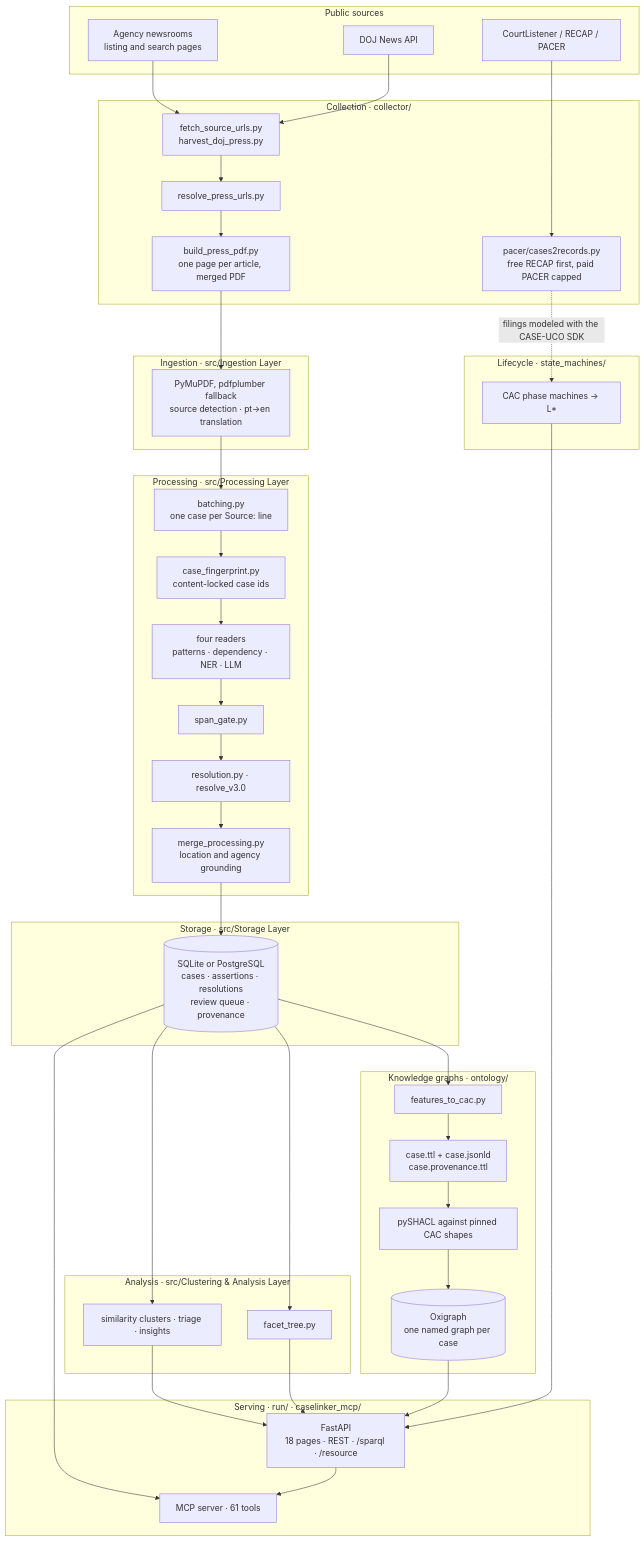
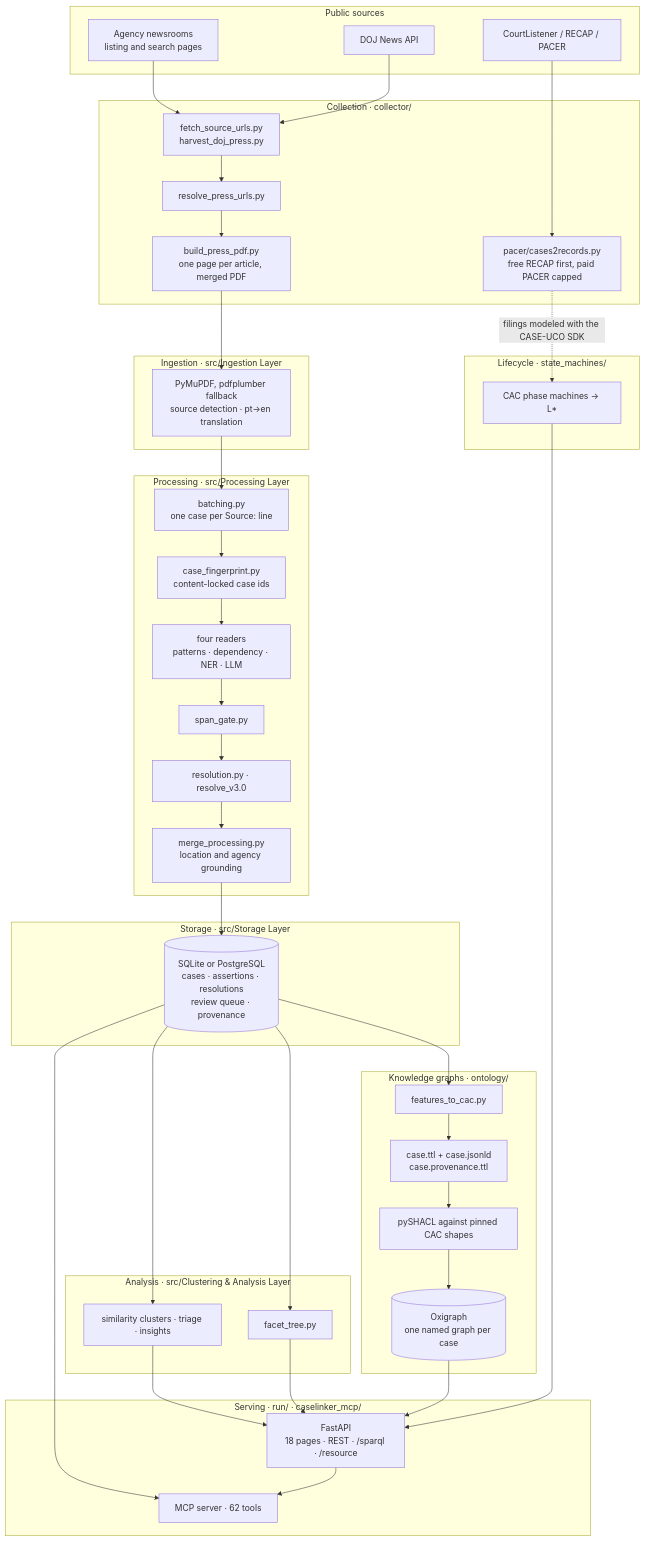
The first of 6 diagrams in ARCHITECTURE.md (mrinaalr/CaseLinker), drawn with Mermaid before and after one commit. The commit also changed other lines of this file and 3 other files, not shown here.

Commit message:
list get_afh_analysis among the trusted MCP tools (62 local, 47 hosted)

````diff
--- a/ARCHITECTURE.md
+++ b/ARCHITECTURE.md
@@ -39,65 +39,65 @@
 ```mermaid
 flowchart TD
   subgraph SRC["Public sources"]
     NEWS["Agency newsrooms<br/>listing and search pages"]
     DOJ["DOJ News API"]
     COURT["CourtListener / RECAP / PACER"]
   end
 
   subgraph COL["Collection · collector/"]
     URLS["fetch_source_urls.py<br/>harvest_doj_press.py"]
     RESOLVE["resolve_press_urls.py"]
     PDF["build_press_pdf.py<br/>one page per article, merged PDF"]
     C2R["pacer/cases2records.py<br/>free RECAP first, paid PACER capped"]
   end
 
   subgraph ING["Ingestion · src/Ingestion Layer"]
     TXT["PyMuPDF, pdfplumber fallback<br/>source detection · pt→en translation"]
   end
 
   subgraph PROC["Processing · src/Processing Layer"]
     BATCH["batching.py<br/>one case per Source: line"]
     FP["case_fingerprint.py<br/>content-locked case ids"]
     READERS["four readers<br/>patterns · dependency · NER · LLM"]
     GATE["span_gate.py"]
     RESOLVE2["resolution.py · resolve_v3.0"]
     MERGE["merge_processing.py<br/>location and agency grounding"]
   end
 
   subgraph STORE["Storage · src/Storage Layer"]
     DB[("SQLite or PostgreSQL<br/>cases · assertions · resolutions<br/>review queue · provenance")]
   end
 
   subgraph ANA["Analysis · src/Clustering & Analysis Layer"]
     SIM["similarity clusters · triage · insights"]
     FACET["facet_tree.py"]
   end
 
   subgraph KG["Knowledge graphs · ontology/"]
     MAP["features_to_cac.py"]
     TTL["case.ttl + case.jsonld<br/>case.provenance.ttl"]
     SHACL["pySHACL against pinned CAC shapes"]
     OX[("Oxigraph<br/>one named graph per case")]
   end
 
   subgraph SM["Lifecycle · state_machines/"]
     LSTAR["CAC phase machines → L*"]
   end
 
   subgraph SERVE["Serving · run/ · caselinker_mcp/"]
     API["FastAPI<br/>18 pages · REST · /sparql · /resource"]
-    MCP["MCP server · 61 tools"]
+    MCP["MCP server · 62 tools"]
   end
 
   NEWS --> URLS
   DOJ --> URLS
   URLS --> RESOLVE --> PDF
   COURT --> C2R
   PDF --> TXT --> BATCH --> FP --> READERS --> GATE --> RESOLVE2 --> MERGE --> DB
   DB --> SIM --> API
   DB --> FACET --> API
   DB --> MAP --> TTL --> SHACL --> OX --> API
   C2R -.->|"filings modeled with the CASE-UCO SDK"| LSTAR --> API
   DB --> MCP
   API --> MCP
 ```
````
